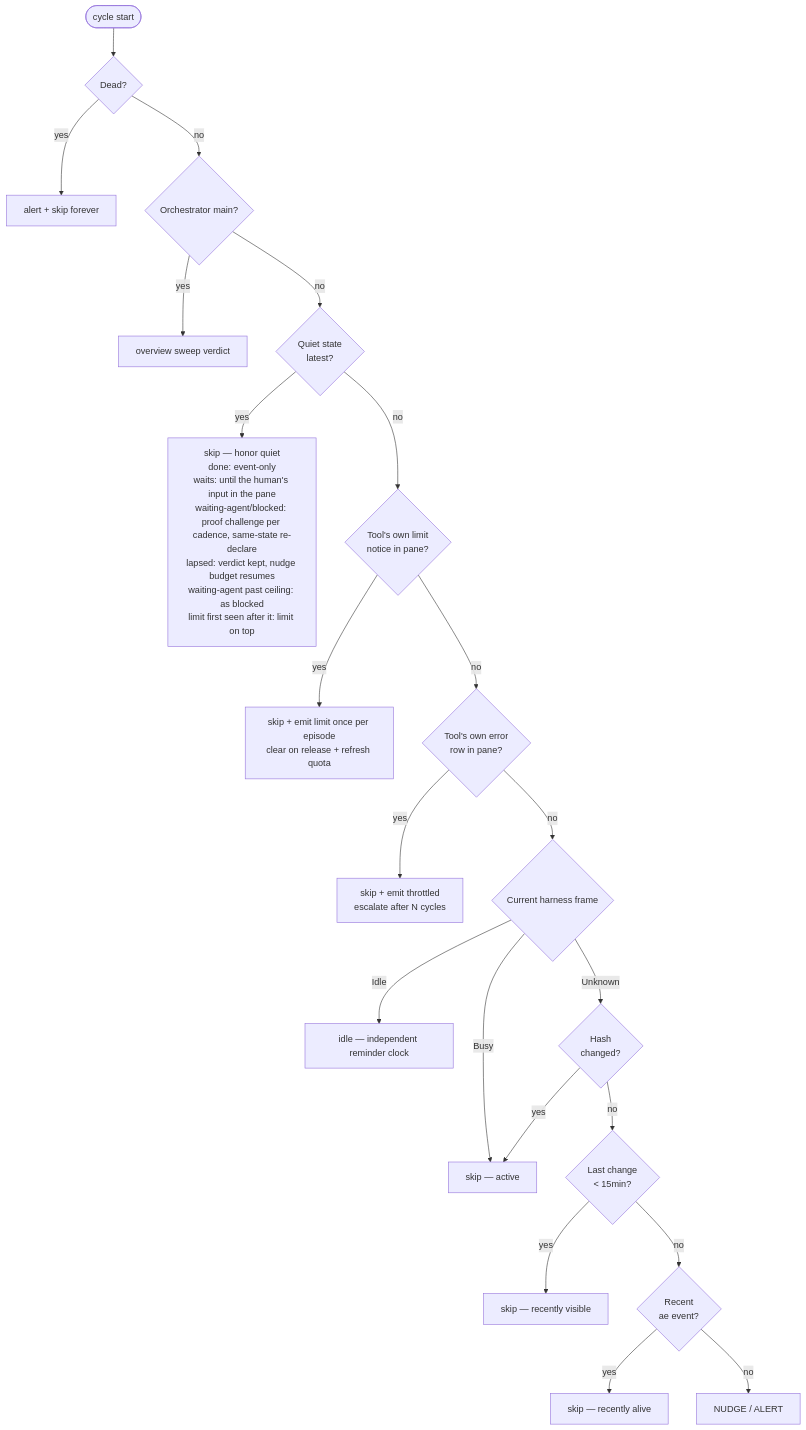
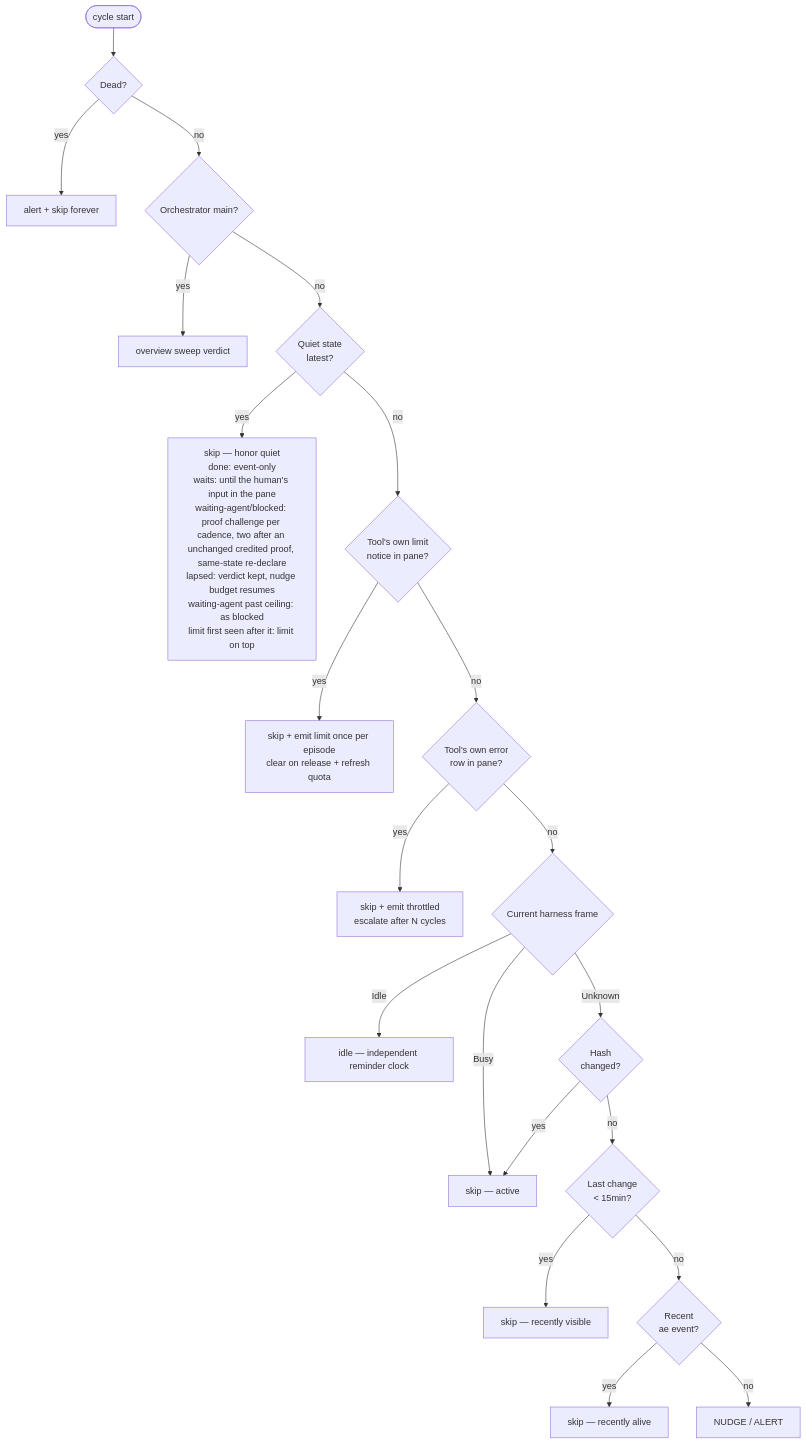
One commit to clemens33/ae changed the first of 2 diagrams in docs/internals/watchdog.md. Above: the diagram before and after it, drawn with Mermaid. The commit also changed other lines of this file and 3 other files, not shown here.

Commit message:
wd225 S1: space an unchanged wait's next challenge two cadences after a credited proof

````diff
--- a/docs/internals/watchdog.md
+++ b/docs/internals/watchdog.md
@@ -306,23 +306,23 @@
 ```mermaid
 flowchart TD
     Start([cycle start]) --> Dead{Dead?}
     Dead -- yes --> AlertDead[alert + skip forever]
     Dead -- no --> Meta{Orchestrator main?}
     Meta -- yes --> Sweep[overview sweep verdict]
     Meta -- no --> Done{Quiet state<br/>latest?}
-    Done -- yes --> SkipDone[skip — honor quiet<br/>done: event-only<br/>waits: until the human's input in the pane<br/>waiting-agent/blocked: proof challenge per cadence, same-state re-declare<br/>lapsed: verdict kept, nudge budget resumes<br/>waiting-agent past ceiling: as blocked<br/>limit first seen after it: limit on top]
+    Done -- yes --> SkipDone[skip — honor quiet<br/>done: event-only<br/>waits: until the human's input in the pane<br/>waiting-agent/blocked: proof challenge per cadence, two after an unchanged credited proof, same-state re-declare<br/>lapsed: verdict kept, nudge budget resumes<br/>waiting-agent past ceiling: as blocked<br/>limit first seen after it: limit on top]
     Done -- no --> Limit{Tool's own limit<br/>notice in pane?}
     Limit -- yes --> SkipLimit[skip + emit limit once per episode<br/>clear on release + refresh quota]
     Limit -- no --> Throttled{Tool's own error<br/>row in pane?}
     Throttled -- yes --> SkipThrottle[skip + emit throttled<br/>escalate after N cycles]
     Throttled -- no --> Frame{Current harness frame}
     Frame -- Busy --> MarkActive[working — clear stale alert]
     Frame -- Idle --> MarkIdle[idle — independent reminder clock]
     Frame -- Unknown --> Active{Hash<br/>changed?}
     Active -- yes --> MarkActive[skip — active]
     Active -- no --> RecentVis{Last change<br/>&lt; 15min?}
     RecentVis -- yes --> SkipVis[skip — recently visible]
     RecentVis -- no --> RecentAlive{Recent<br/>ae event?}
     RecentAlive -- yes --> SkipAlive[skip — recently alive]
     RecentAlive -- no --> Stale[NUDGE / ALERT]
 ```
````
